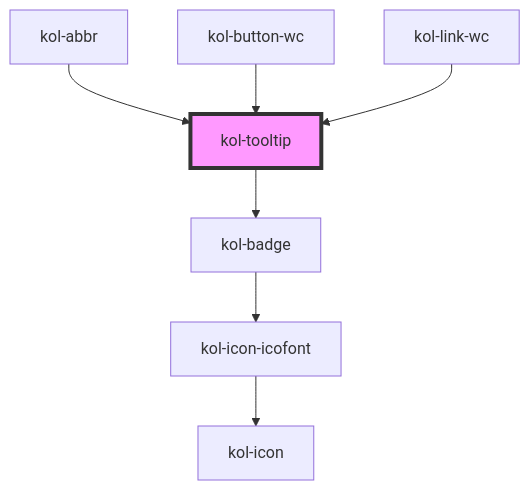
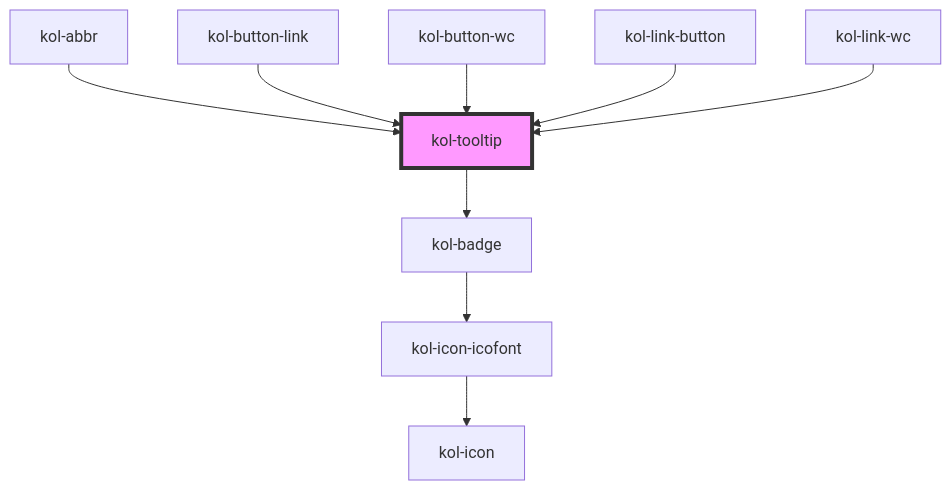
One commit to public-ui/kolibri changed the diagram in packages/library/src/components/tooltip/readme.md. Above: the diagram before and after it, drawn with Mermaid. The commit also changed other lines of this file and 18 other files, not shown here.

Commit message:
feat: add button-link and link-button

````diff
--- a/packages/library/src/components/tooltip/readme.md
+++ b/packages/library/src/components/tooltip/readme.md
@@ -45,10 +47,12 @@
 ```mermaid
 graph TD;
   kol-tooltip --> kol-badge
   kol-badge --> kol-icon-icofont
   kol-icon-icofont --> kol-icon
   kol-abbr --> kol-tooltip
+  kol-button-link --> kol-tooltip
   kol-button-wc --> kol-tooltip
+  kol-link-button --> kol-tooltip
   kol-link-wc --> kol-tooltip
   style kol-tooltip fill:#f9f,stroke:#333,stroke-width:4px
 ```
````
